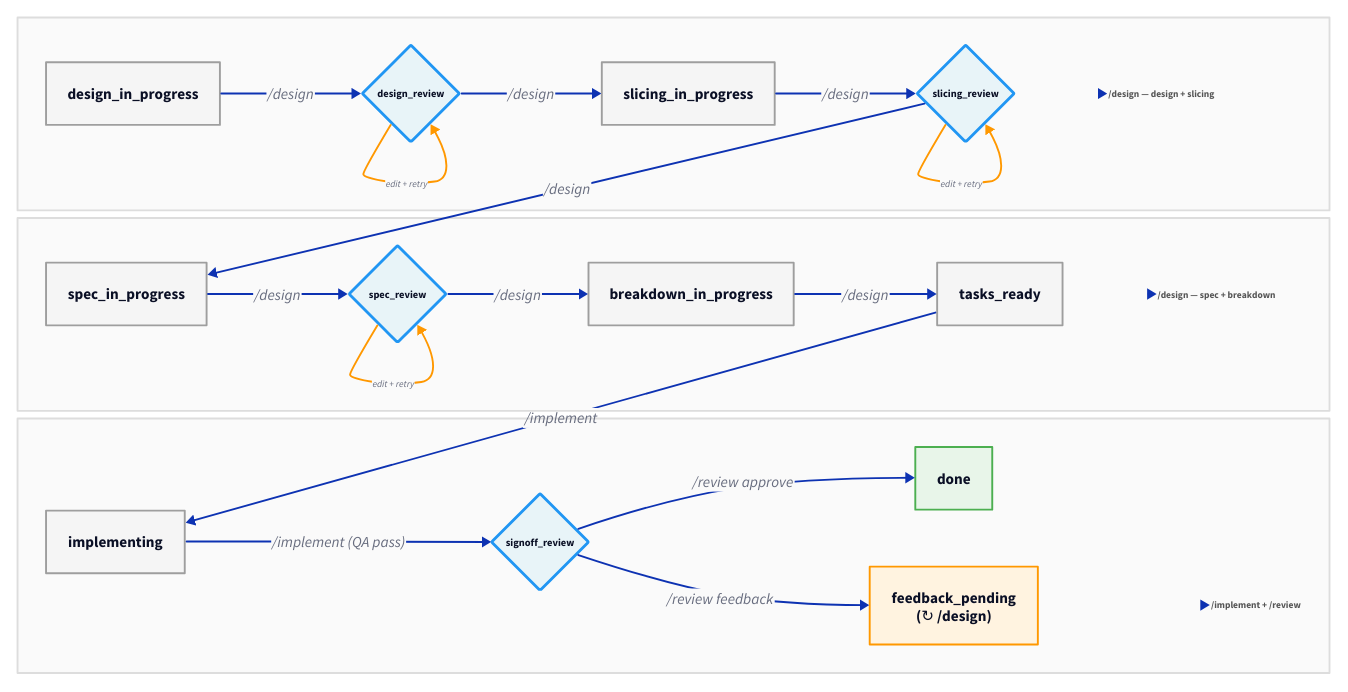
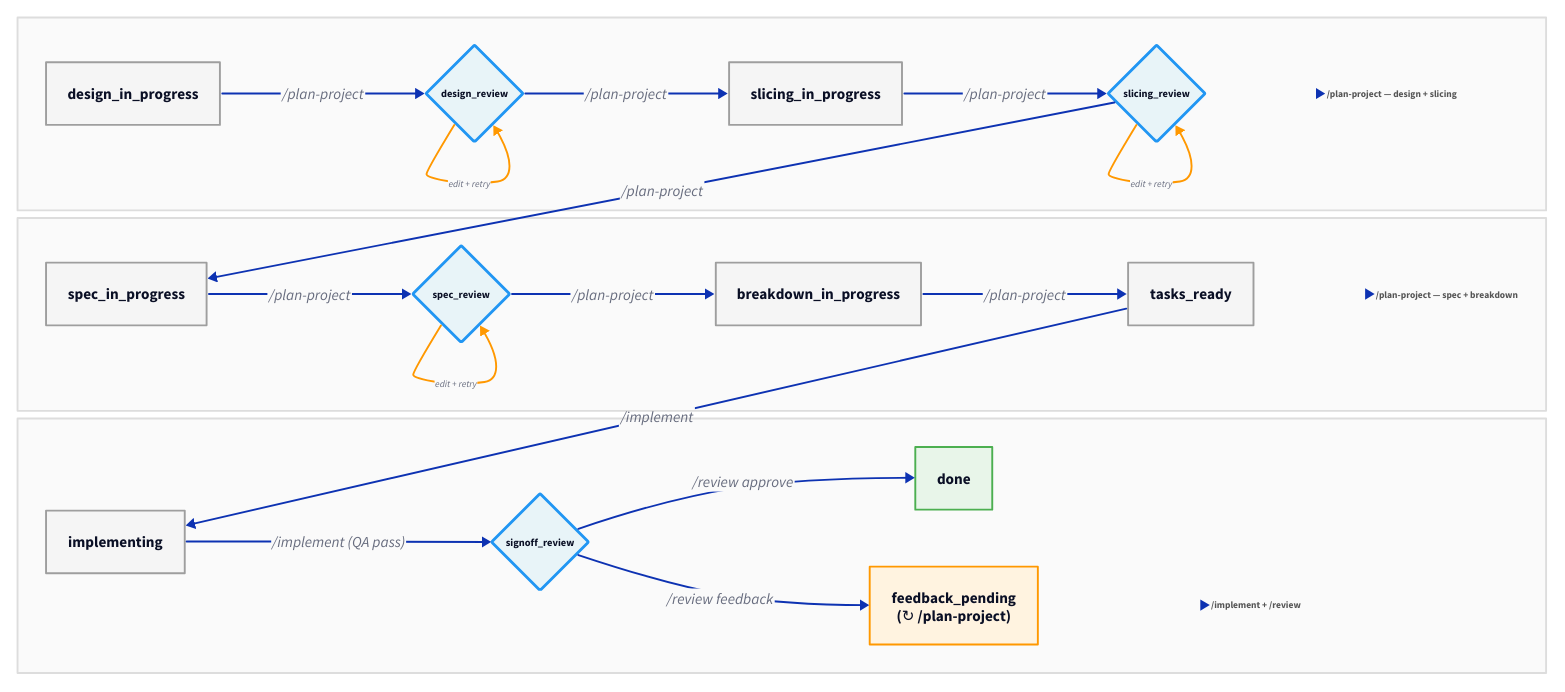
Before and after one commit to bcokert/command-init-orchestrator: the diagram in docs/diagrams/lifecycle.d2, drawn with D2. The commit also changed 20 other files, not shown here.

```diff
--- a/docs/diagrams/lifecycle.d2
+++ b/docs/diagrams/lifecycle.d2
@@ -1,160 +1,160 @@
 vars: {
   d2-config: {
     layout-engine: dagre
   }
   colors: {
     gate: "#e8f4f8"
     gate-border: "#2196F3"
     auto: "#f5f5f5"
     auto-border: "#9e9e9e"
     terminal: "#e8f5e9"
     terminal-border: "#4caf50"
     feedback: "#fff3e0"
     feedback-border: "#ff9800"
     lc: "#555555"
   }
 }
 
 grid: "" {
   grid-rows: 3
   grid-gap: 8
   style.stroke: transparent
   style.fill: transparent
 
   row1: "" {
     direction: right
     style.fill: "#fafafa"
     style.stroke: "#dddddd"
 
     d_ip: design_in_progress {
       style.fill: ${colors.auto}
       style.stroke: ${colors.auto-border}
     }
     d_rv: design_review {
       shape: diamond
       width: 100
       height: 100
       style.fill: ${colors.gate}
       style.stroke: ${colors.gate-border}
       style.stroke-width: 3
       style.font-size: 11
     }
     s_ip: slicing_in_progress {
       style.fill: ${colors.auto}
       style.stroke: ${colors.auto-border}
     }
     s_rv: slicing_review {
       shape: diamond
       width: 100
       height: 100
       style.fill: ${colors.gate}
       style.stroke: ${colors.gate-border}
       style.stroke-width: 3
       style.font-size: 11
     }
-    _lbl: /design — design + slicing {
+    _lbl: /plan-project — design + slicing {
       shape: text
       style.font-size: 10
       style.bold: true
       style.font-color: ${colors.lc}
     }
 
-    d_ip -> d_rv: /design
-    d_rv -> s_ip: /design
-    s_ip -> s_rv: /design
+    d_ip -> d_rv: /plan-project
+    d_rv -> s_ip: /plan-project
+    s_ip -> s_rv: /plan-project
     d_rv -> d_rv: edit + retry {
       style.stroke: "#FF9800"
       style.font-size: 10
     }
     s_rv -> s_rv: edit + retry {
       style.stroke: "#FF9800"
       style.font-size: 10
     }
     s_rv -> _lbl { style.stroke-width: 0 }
   }
 
   row2: "" {
     direction: right
     style.fill: "#fafafa"
     style.stroke: "#dddddd"
 
     p_ip: spec_in_progress {
       style.fill: ${colors.auto}
       style.stroke: ${colors.auto-border}
     }
     p_rv: spec_review {
       shape: diamond
       width: 100
       height: 100
       style.fill: ${colors.gate}
       style.stroke: ${colors.gate-border}
       style.stroke-width: 3
       style.font-size: 11
     }
     b_ip: breakdown_in_progress {
       style.fill: ${colors.auto}
       style.stroke: ${colors.auto-border}
     }
     tr: tasks_ready {
       style.fill: ${colors.auto}
       style.stroke: ${colors.auto-border}
     }
-    _lbl: /design — spec + breakdown {
+    _lbl: /plan-project — spec + breakdown {
       shape: text
       style.font-size: 10
       style.bold: true
       style.font-color: ${colors.lc}
     }
 
-    p_ip -> p_rv: /design
-    p_rv -> b_ip: /design
-    b_ip -> tr: /design
+    p_ip -> p_rv: /plan-project
+    p_rv -> b_ip: /plan-project
+    b_ip -> tr: /plan-project
     p_rv -> p_rv: edit + retry {
       style.stroke: "#FF9800"
       style.font-size: 10
     }
     tr -> _lbl { style.stroke-width: 0 }
   }
 
   row3: "" {
     direction: right
     style.fill: "#fafafa"
     style.stroke: "#dddddd"
 
     impl: implementing {
       style.fill: ${colors.auto}
       style.stroke: ${colors.auto-border}
     }
     sg_rv: signoff_review {
       shape: diamond
       width: 100
       height: 100
       style.fill: ${colors.gate}
       style.stroke: ${colors.gate-border}
       style.stroke-width: 3
       style.font-size: 11
     }
     done: done {
       style.fill: ${colors.terminal}
       style.stroke: ${colors.terminal-border}
     }
-    fb: "feedback_pending\n(↻ /design)" {
+    fb: "feedback_pending\n(↻ /plan-project)" {
       style.fill: ${colors.feedback}
       style.stroke: ${colors.feedback-border}
     }
     _lbl: /implement + /review {
       shape: text
       style.font-size: 10
       style.bold: true
       style.font-color: ${colors.lc}
     }
 
     impl -> sg_rv: /implement (QA pass)
     sg_rv -> done: /review approve
     sg_rv -> fb: /review feedback
     fb -> _lbl { style.stroke-width: 0 }
   }
 }
 
-grid.row1.s_rv -> grid.row2.p_ip: /design
+grid.row1.s_rv -> grid.row2.p_ip: /plan-project
 grid.row2.tr -> grid.row3.impl: /implement
```
